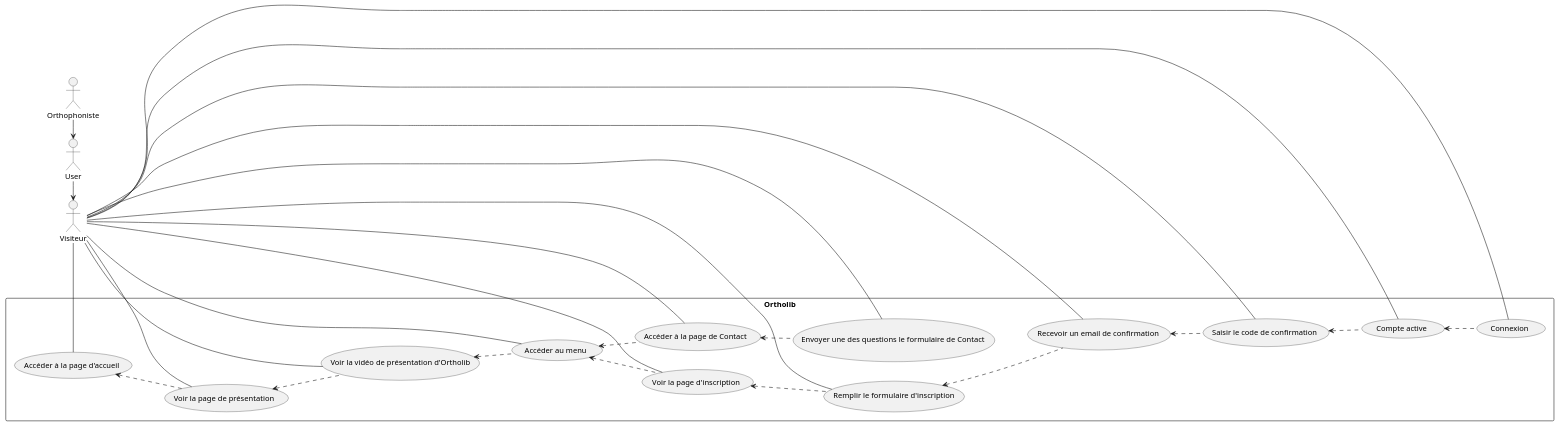
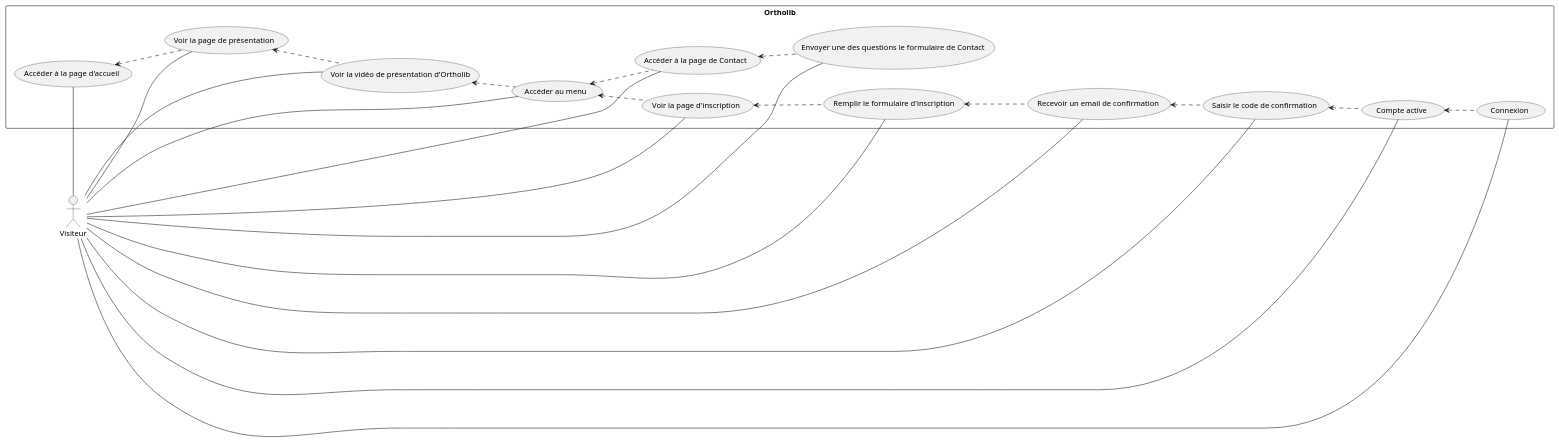
The diagram in analyse/UML/Fonctionnel/visiteur.wsd (elamranibilel/Ortholib), drawn with PlantUML before and after one commit. The commit also changed 1 other file, not shown here.

Commit message:
usecase user

```diff
--- a/analyse/UML/Fonctionnel/visiteur.wsd
+++ b/analyse/UML/Fonctionnel/visiteur.wsd
@@ -1,55 +1,49 @@
 @startuml Application_visiteur
 
 left to right direction
 actor Visiteur
-actor User
-actor Orthophoniste
 
 rectangle Ortholib {
     usecase (Accéder à la page d'accueil) as accueil 
     usecase (Voir la page de présentation ) as Presentation
     usecase (Voir la vidéo de présentation d'Ortholib) as VideoPresentation
     usecase (Accéder au menu) as menu
     usecase (Accéder à la page de Contact ) as contact
     usecase (Envoyer une des questions le formulaire de Contact ) as questionContact 
     usecase (Voir la page d'inscription) as inscription
     usecase (Remplir le formulaire d'inscription) as formulaireInscription
     usecase (Recevoir un email de confirmation ) as emailConfirmation
     usecase (Saisir le code de confirmation) as codeConfirmation
     usecase (Compte active) as compteActive
     usecase (Connexion) as connexion
 }
-
-/' ACTOR -- ACTOR '/
-Orthophoniste -> User
-User -> Visiteur
 
 /' ACTOR -- USECASE'/
 Visiteur -- accueil
 Visiteur -- Presentation
 Visiteur -- VideoPresentation
 Visiteur -- menu
 Visiteur -- contact
 Visiteur -- questionContact
 Visiteur -- inscription
 Visiteur -- formulaireInscription
 Visiteur -- emailConfirmation
 Visiteur -- codeConfirmation
 Visiteur -- compteActive
 Visiteur -- connexion
 
 
 /' USECASE -- USECASE '/
 accueil <.. Presentation
 Presentation <.. VideoPresentation
 VideoPresentation <.. menu
 menu <.. contact
 contact <.. questionContact
 menu <.. inscription
 inscription <.. formulaireInscription
 formulaireInscription <.. emailConfirmation
 emailConfirmation <.. codeConfirmation
 codeConfirmation <.. compteActive
 compteActive <.. connexion
 
 @enduml
```
